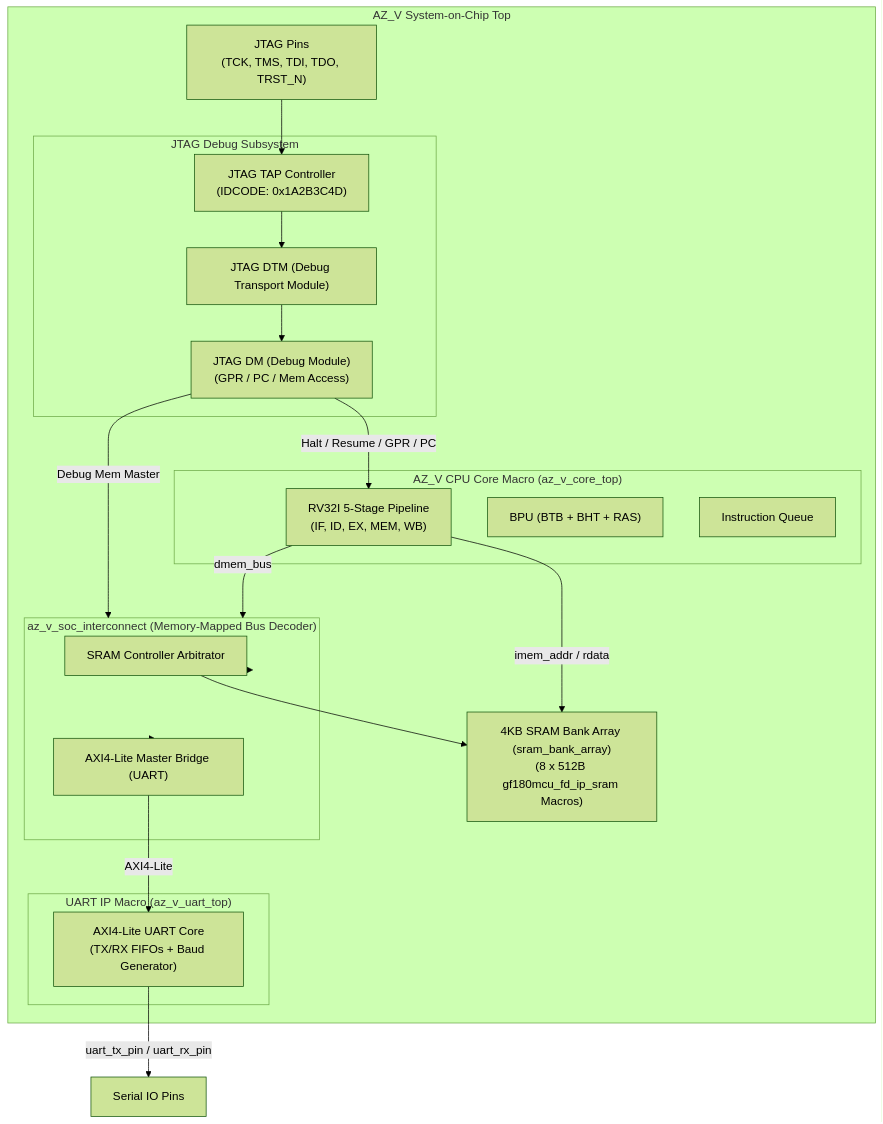
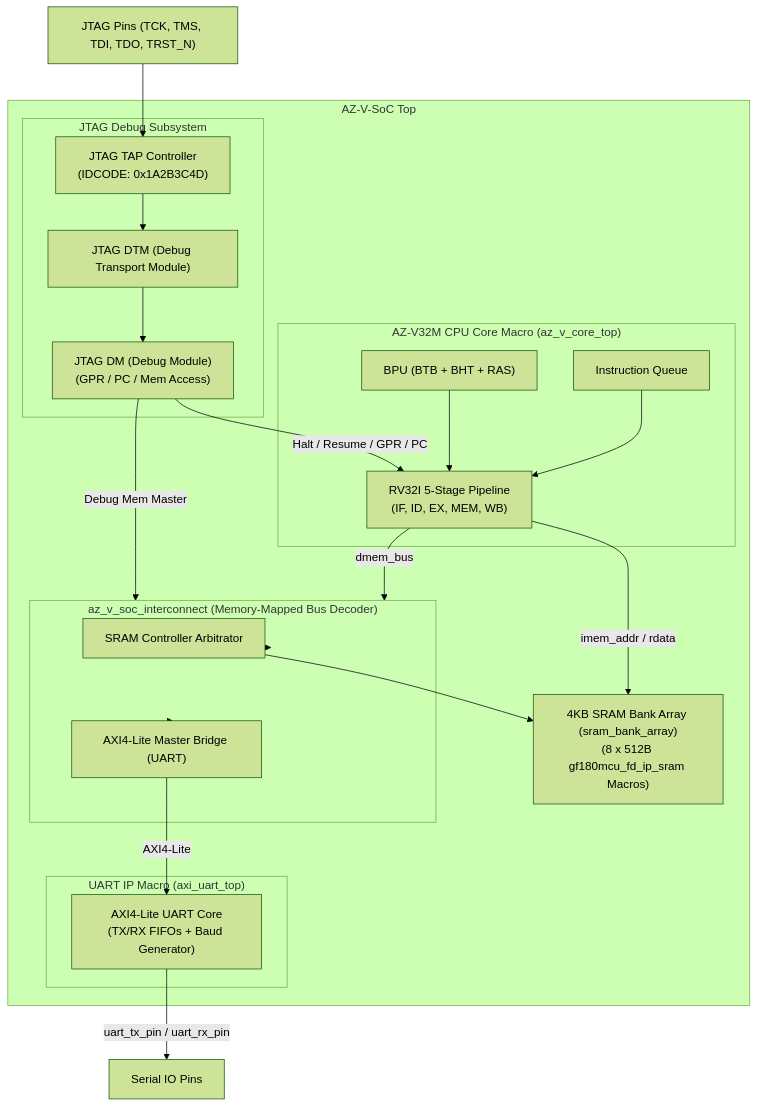
One commit to zenbear2/AZ-V-SoC changed the first of 2 diagrams in README.md. Above: the diagram before and after it, drawn with Mermaid (forest theme). The commit also changed other lines of this file and 1 other file, not shown here.

````diff
--- a/README.md
+++ b/README.md
@@ -18,40 +13,42 @@
 ```mermaid
-graph TD
-    subgraph AZ_V_SoC ["AZ_V System-on-Chip Top"]
-        subgraph CPU_SUB ["AZ_V CPU Core Macro (az_v_core_top)"]
-            CPU["RV32I 5-Stage Pipeline\n(IF, ID, EX, MEM, WB)"]
+flowchart TD
+    subgraph AZ_V_SOC ["AZ-V-SoC Top"]
+        subgraph CPU_SUB ["AZ-V32M CPU Core Macro (az_v_core_top)"]
+            CPU["RV32I 5-Stage Pipeline<br/>(IF, ID, EX, MEM, WB)"]
             BPU["BPU (BTB + BHT + RAS)"]
             IQ["Instruction Queue"]
+            BPU --> CPU
+            IQ --> CPU
         end
 
         subgraph JTAG_SUB ["JTAG Debug Subsystem"]
-            TAP["JTAG TAP Controller\n(IDCODE: 0x1A2B3C4D)"]
+            TAP["JTAG TAP Controller<br/>(IDCODE: 0x1A2B3C4D)"]
             DTM["JTAG DTM (Debug Transport Module)"]
-            DM["JTAG DM (Debug Module)\n(GPR / PC / Mem Access)"]
+            DM["JTAG DM (Debug Module)<br/>(GPR / PC / Mem Access)"]
+            TAP --> DTM --> DM
         end
         
         subgraph BUS ["az_v_soc_interconnect (Memory-Mapped Bus Decoder)"]
             RAM_CTL["SRAM Controller Arbitrator"]
             UART_AXI["AXI4-Lite Master Bridge (UART)"]
         end
 
-        SRAM_BANK["4KB SRAM Bank Array (sram_bank_array)\n(8 x 512B gf180mcu_fd_ip_sram Macros)"]
+        SRAM_BANK["4KB SRAM Bank Array (sram_bank_array)<br/>(8 x 512B gf180mcu_fd_ip_sram Macros)"]
         
-        subgraph UART_SUB ["UART IP Macro (az_v_uart_top)"]
-            UART_CORE["AXI4-Lite UART Core\n(TX/RX FIFOs + Baud Generator)"]
+        subgraph UART_SUB ["UART IP Macro (axi_uart_top)"]
+            UART_CORE["AXI4-Lite UART Core<br/>(TX/RX FIFOs + Baud Generator)"]
         end
 
-        JTAG_PINS["JTAG Pins\n(TCK, TMS, TDI, TDO, TRST_N)"] --> TAP
-        TAP --> DTM --> DM
-        DM -->|Halt / Resume / GPR / PC| CPU
-        DM -->|Debug Mem Master| BUS
+        DM -->|"Halt / Resume / GPR / PC"| CPU
+        DM -->|"Debug Mem Master"| BUS
 
-        CPU -->|imem_addr / rdata| SRAM_BANK
-        CPU -->|dmem_bus| BUS
+        CPU -->|"imem_addr / rdata"| SRAM_BANK
+        CPU -->|"dmem_bus"| BUS
         
         BUS --> RAM_CTL --> SRAM_BANK
-        BUS --> UART_AXI -->|AXI4-Lite| UART_CORE
+        BUS --> UART_AXI -->|"AXI4-Lite"| UART_CORE
     end
 
-    UART_CORE -->|uart_tx_pin / uart_rx_pin| SERIAL_PINS["Serial IO Pins"]
+    JTAG_PINS["JTAG Pins (TCK, TMS, TDI, TDO, TRST_N)"] --> TAP
+    UART_CORE -->|"uart_tx_pin / uart_rx_pin"| SERIAL_PINS["Serial IO Pins"]
 ```
````
